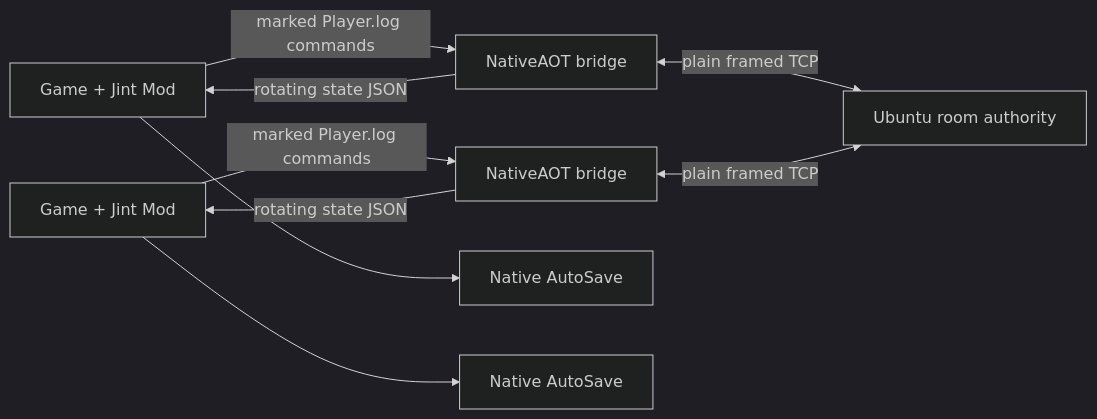
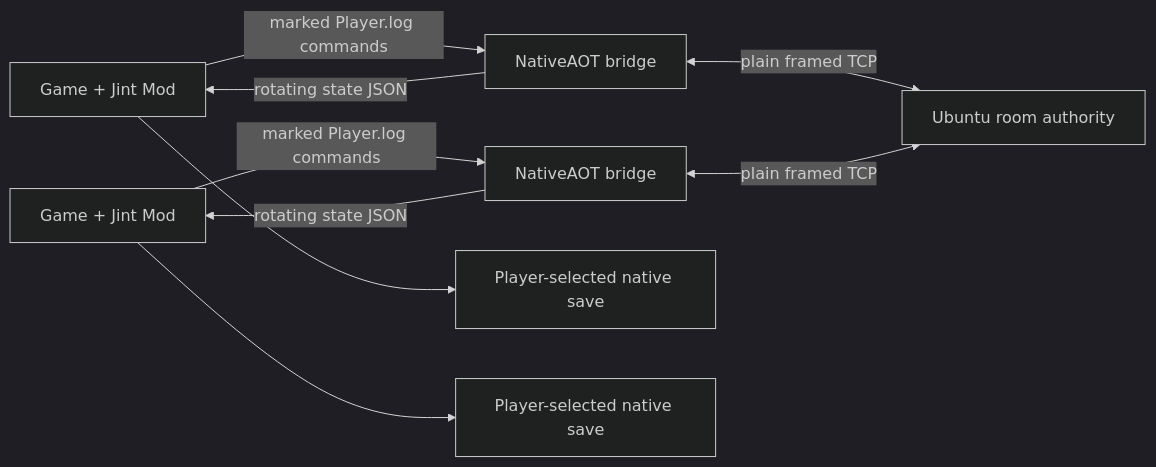
One commit to Sakura-QoQ/Multiplayer-Mod changed the diagram in docs/ARCHITECTURE.md. Above: the diagram before and after it, drawn with Mermaid (dark theme). The commit also changed other lines of this file and 8 other files, not shown here.

````diff
--- a/docs/ARCHITECTURE.md
+++ b/docs/ARCHITECTURE.md
@@ -7,11 +7,11 @@
 ```mermaid
 flowchart LR
     GameA[Game + Jint Mod] -->|marked Player.log commands| BridgeA[NativeAOT bridge]
     BridgeA -->|rotating state JSON| GameA
     GameB[Game + Jint Mod] -->|marked Player.log commands| BridgeB[NativeAOT bridge]
     BridgeB -->|rotating state JSON| GameB
     BridgeA <-->|plain framed TCP| Server[Ubuntu room authority]
     BridgeB <-->|plain framed TCP| Server
-    GameA --> SaveA[Native AutoSave]
-    GameB --> SaveB[Native AutoSave]
+    GameA --> SaveA[Player-selected native save]
+    GameB --> SaveB[Player-selected native save]
 ```
````
